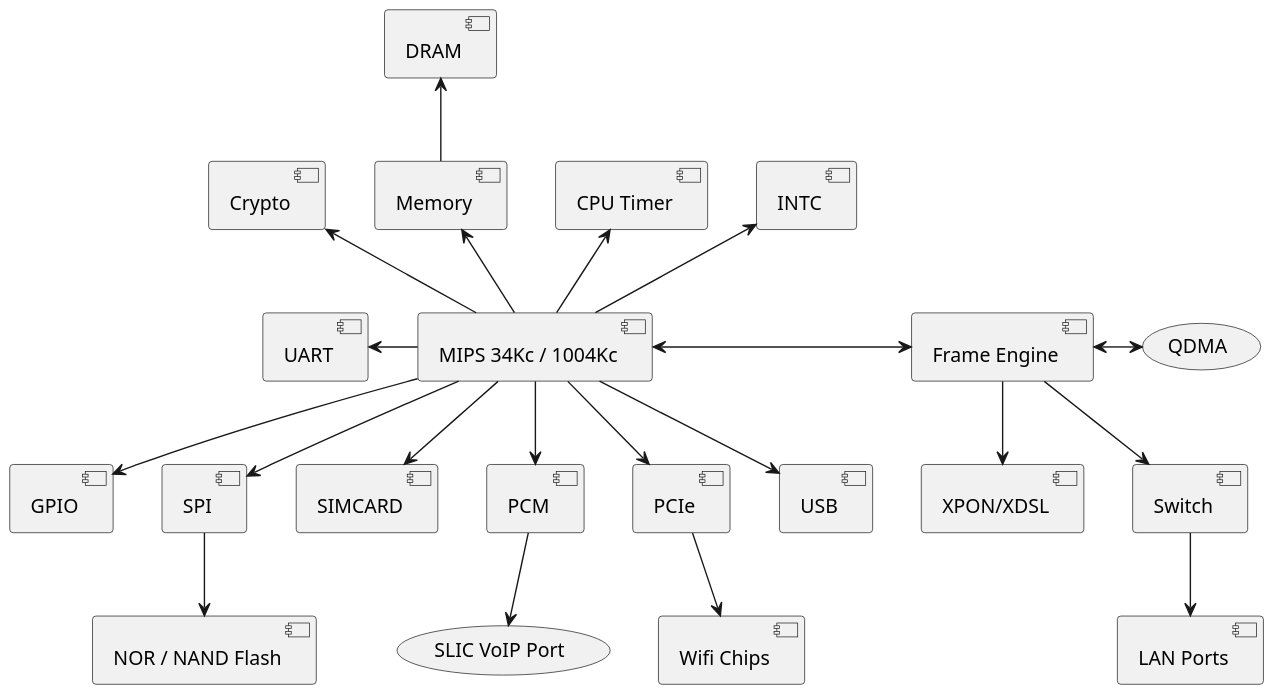
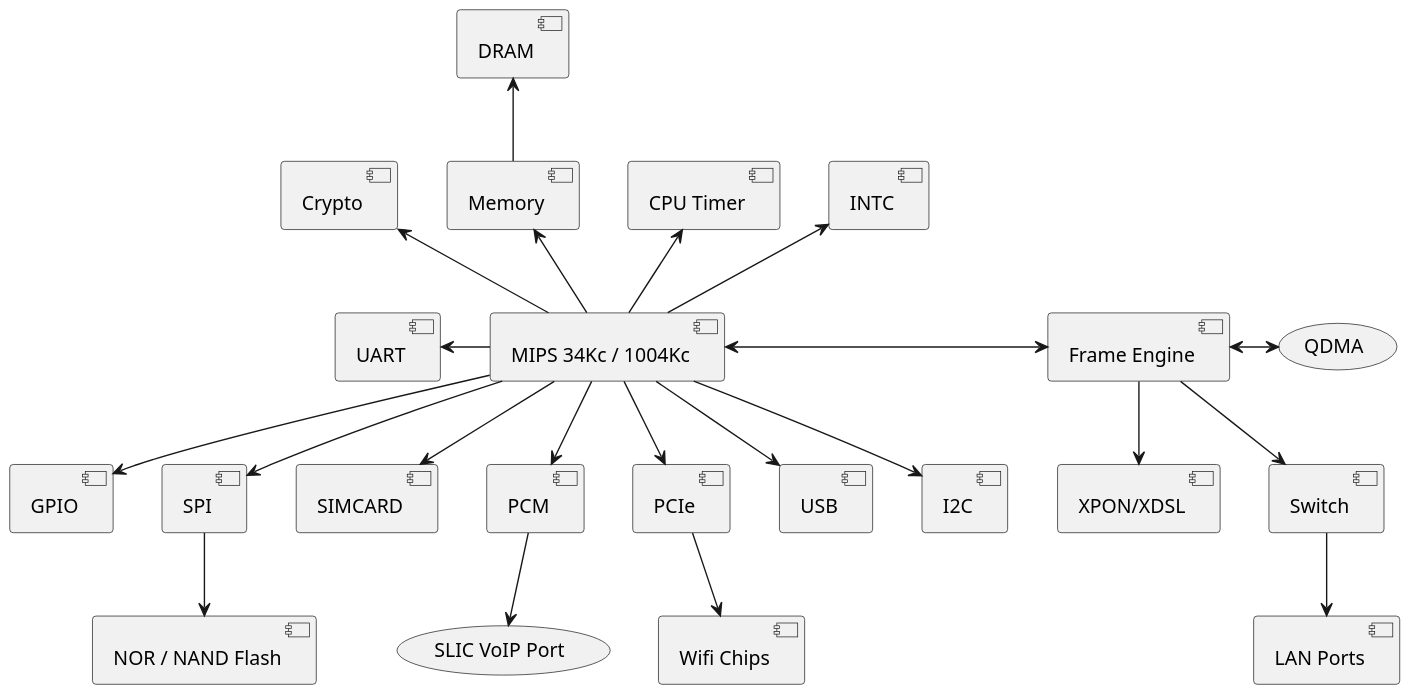
Before and after one commit to cjdelisle/econet-linux-wiki: the diagram in hardware.md, drawn with PlantUML. The commit also changed other lines of this file, not shown here.

````diff
--- a/hardware.md
+++ b/hardware.md
@@ -14,32 +14,33 @@
 ```plantuml
 ' Internal stuff
 [MIPS 34Kc / 1004Kc] -up-> [INTC]
 [MIPS 34Kc / 1004Kc] -up-> [CPU Timer]
 [MIPS 34Kc / 1004Kc] -up-> [Memory]
 [Memory] -up-> [DRAM]
 [MIPS 34Kc / 1004Kc] -up-> [Crypto]
 
 [MIPS 34Kc / 1004Kc] -left-> [UART]
 
 ' Interfaces
 [MIPS 34Kc / 1004Kc] --> [GPIO]
 [MIPS 34Kc / 1004Kc] --> [SPI]
 [MIPS 34Kc / 1004Kc] --> [SIMCARD]
 [SPI] --> [NOR / NAND Flash]
 [MIPS 34Kc / 1004Kc] --> [PCM]
 [PCM] --> (SLIC VoIP Port)
 [MIPS 34Kc / 1004Kc] --> [PCIe]
 [PCIe] --> [Wifi Chips]
 [MIPS 34Kc / 1004Kc] --> [USB]
+[MIPS 34Kc / 1004Kc] --> [I2C]
 
 ' Frame Engine stuff
 [MIPS 34Kc / 1004Kc] <-right-> [Frame Engine]
 [Frame Engine] -down-> [XPON/XDSL]
 [Frame Engine] <-right-> (QDMA)
 [Frame Engine] --> [Switch]
 [Switch] --> [LAN Ports]
 
 ' Optional: Adjust layout for clarity
 skinparam monochrome true
 skinparam dpi 150
 ```
````
